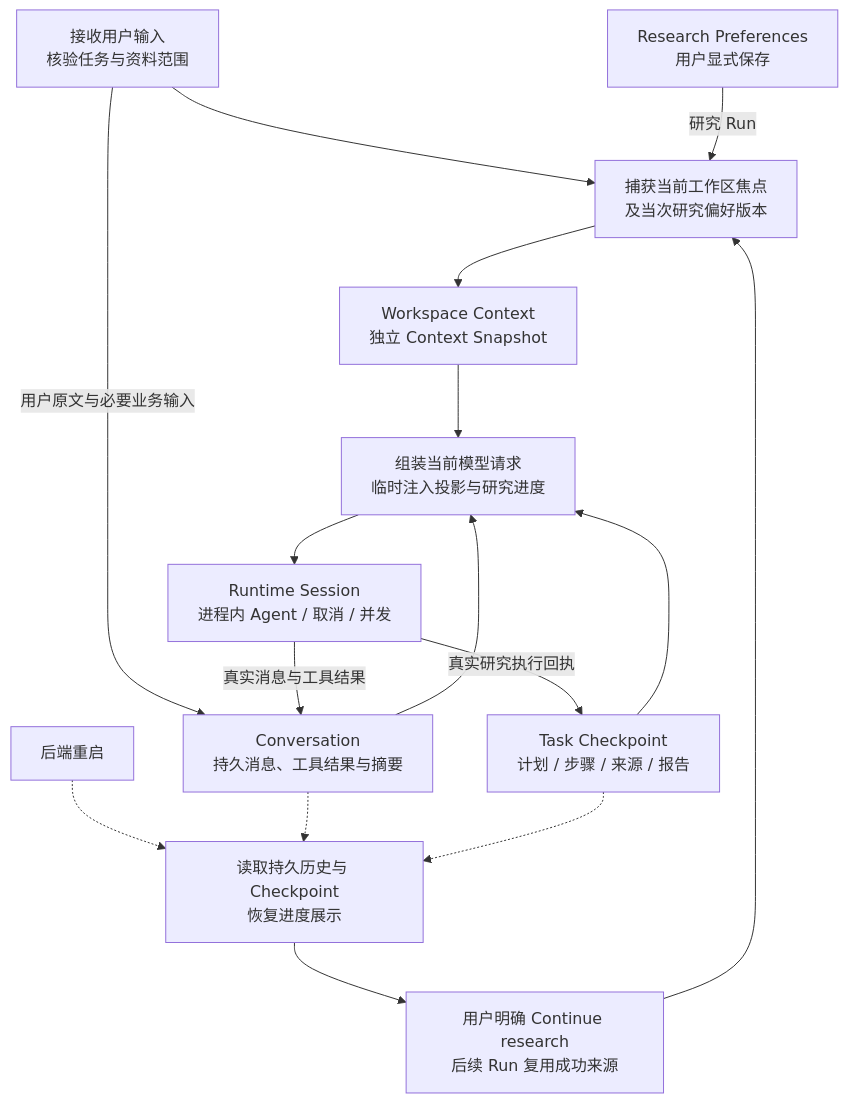
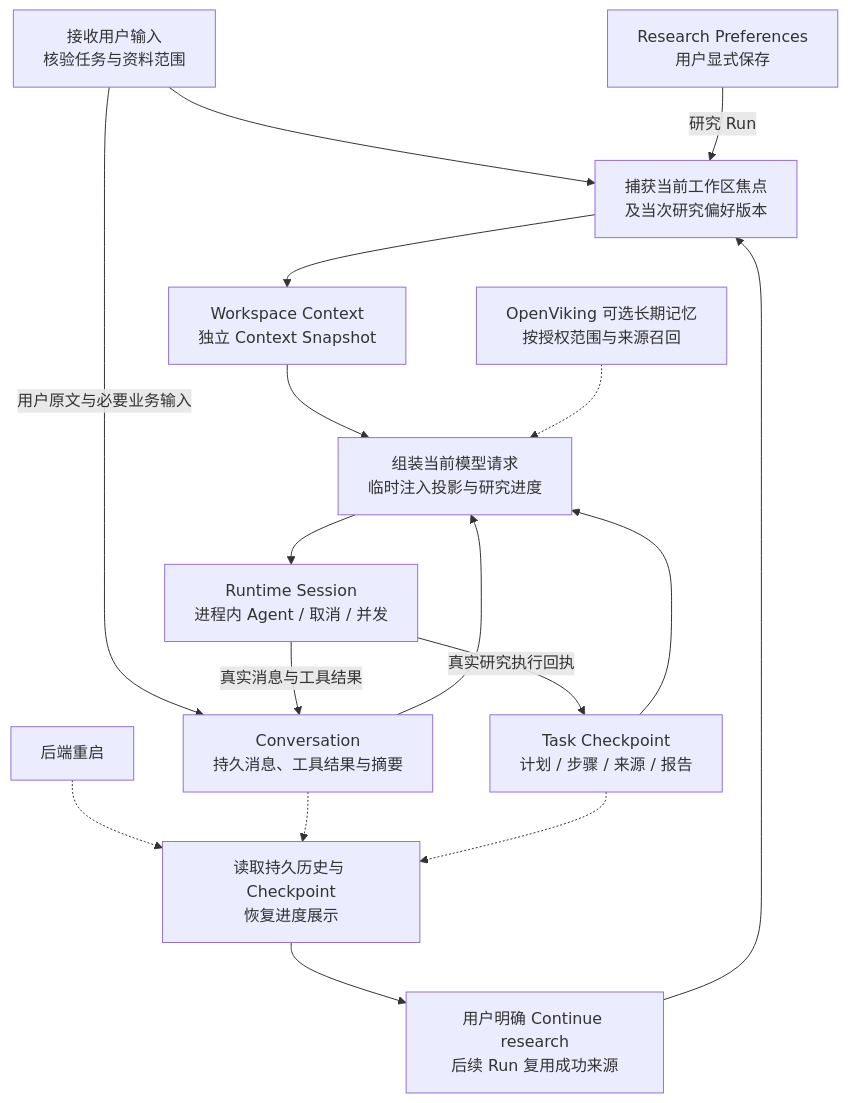
Before and after one commit to ChaoDiDiaoAA/Flowmate: the seventh of 7 diagrams in README.md, drawn with Mermaid. The commit also changed other lines of this file, not shown here.

````diff
--- a/README.md
+++ b/README.md
@@ -332,18 +257,19 @@
 ```mermaid
 flowchart TB
   Input["接收用户输入<br/>核验任务与资料范围"] --> Capture["捕获当前工作区焦点<br/>及当次研究偏好版本"]
   Preferences["Research Preferences<br/>用户显式保存"] -->|"研究 Run"| Capture
   Capture --> Snapshot["Workspace Context<br/>独立 Context Snapshot"]
   Input -->|"用户原文与必要业务输入"| Conversation["Conversation<br/>持久消息、工具结果与摘要"]
   Snapshot --> Request["组装当前模型请求<br/>临时注入投影与研究进度"]
   Conversation --> Request
+  Memory["OpenViking 可选长期记忆<br/>按授权范围与来源召回"] -.-> Request
   Checkpoint["Task Checkpoint<br/>计划 / 步骤 / 来源 / 报告"] --> Request
   Request --> Runtime["Runtime Session<br/>进程内 Agent / 取消 / 并发"]
   Runtime -->|"真实消息与工具结果"| Conversation
   Runtime -->|"真实研究执行回执"| Checkpoint
   Startup["后端重启"] -.-> Restore["读取持久历史与 Checkpoint<br/>恢复进度展示"]
   Conversation -.-> Restore
   Checkpoint -.-> Restore
   Restore --> Continue["用户明确 Continue research<br/>后续 Run 复用成功来源"]
   Continue --> Capture
 ```
````
